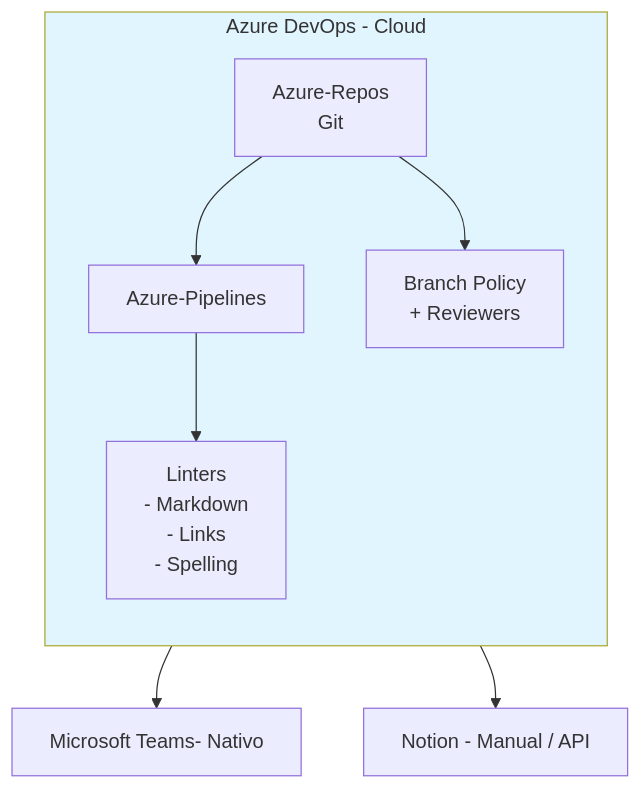
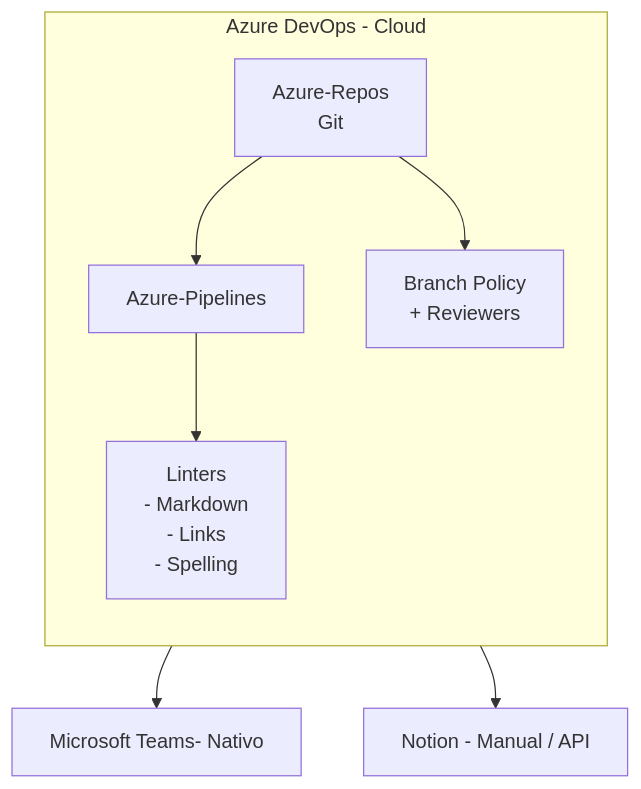
One commit to Nebiath/Architecture-design-documentation changed the diagram in architecture/15 azure devops implementation.md. Above: the diagram before and after it, drawn with Mermaid. The commit also changed other lines of this file, not shown here.

Commit message:
Update 15 azure devops implementation.md

````diff
--- a/architecture/15 azure devops implementation.md
+++ b/architecture/15 azure devops implementation.md
@@ -69,25 +42,24 @@
 ```mermaid
 flowchart TB
     subgraph Azure [Azure DevOps - Cloud]
     direction TB
     Repos["`Azure-Repos
            Git`"]
     Pipelines[Azure-Pipelines]
     Checks["`Linters
         - Markdown
         - Links
         - Spelling`"]
     Branch["`Branch Policy
             + Reviewers`"]
     Repos-->Pipelines
     Pipelines-->Checks
     Repos-->Branch
     end
     Teams[Microsoft Teams- Nativo]
     Notion[Notion - Manual / API]
     direction LR
     Branch-->Teams
     Branch-->Notion
-
-    style Azure fill:#e1f5ff
+    
 ```
````
